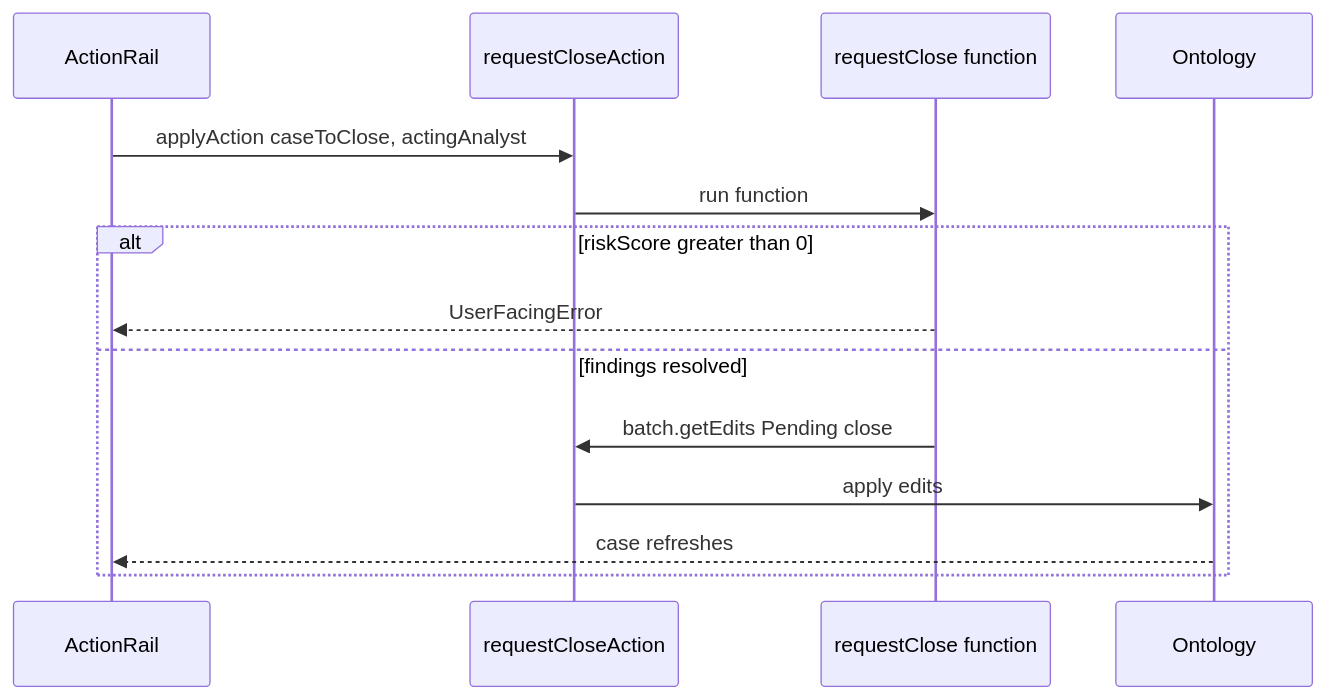
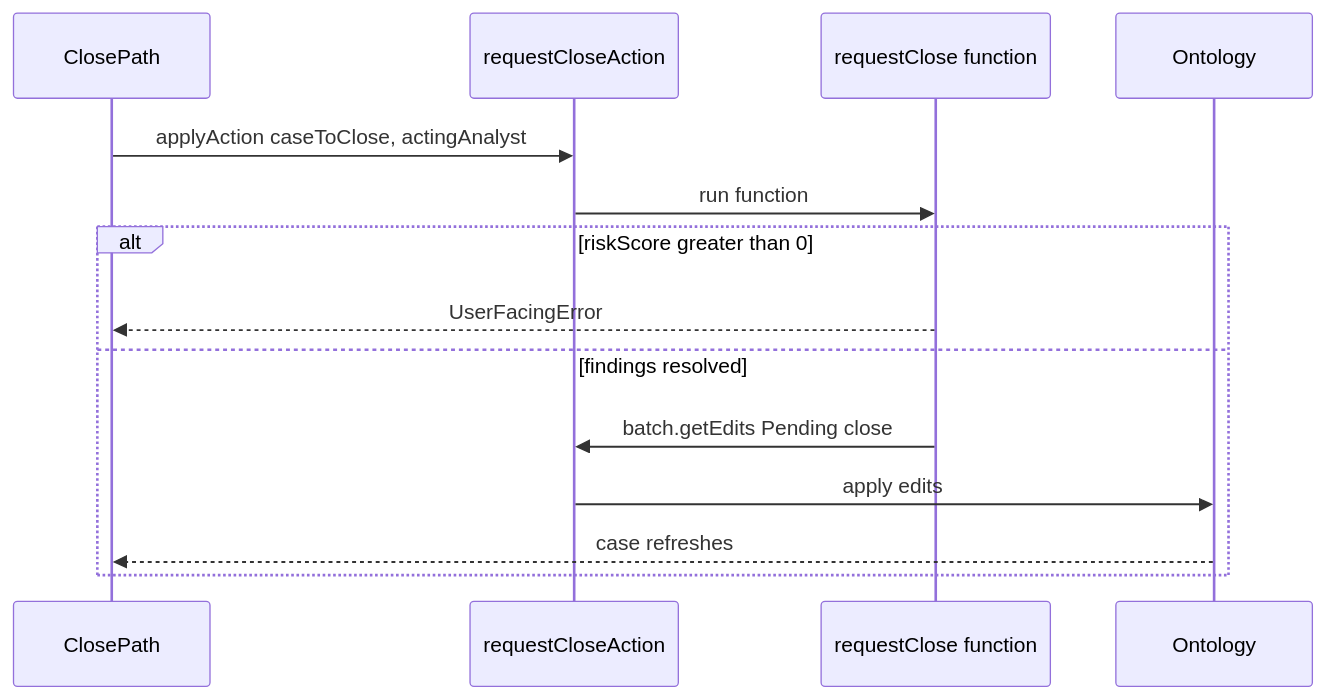
The fifth of 6 diagrams in docs/study-guide.md (ygorz/harbor-desk), drawn with Mermaid before and after one commit. The commit also changed other lines of this file and 38 other files, not shown here.

````diff
--- a/docs/study-guide.md
+++ b/docs/study-guide.md
@@ -583,17 +616,17 @@
 ```mermaid
 sequenceDiagram
-  participant UI as ActionRail
+  participant UI as ClosePath
   participant Action as requestCloseAction
   participant Fn as requestClose function
   participant Ont as Ontology
 
   UI->>Action: applyAction caseToClose, actingAnalyst
   Action->>Fn: run function
   alt riskScore greater than 0
     Fn-->>UI: UserFacingError
   else findings resolved
     Fn->>Action: batch.getEdits Pending close
     Action->>Ont: apply edits
     Ont-->>UI: case refreshes
   end
 ```
````
